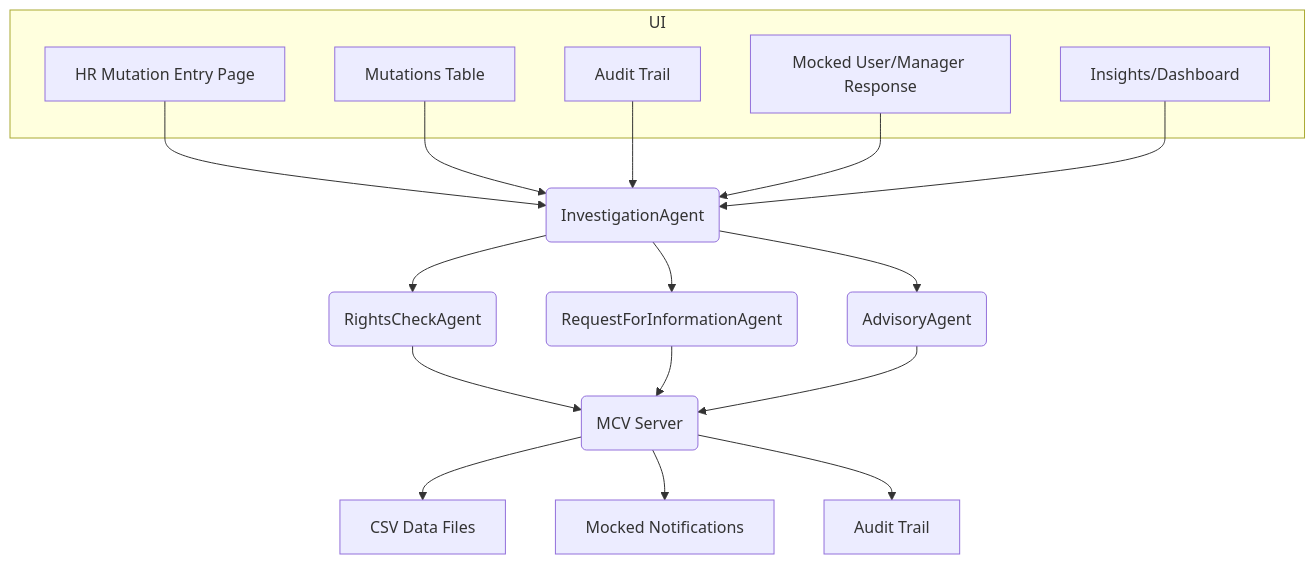
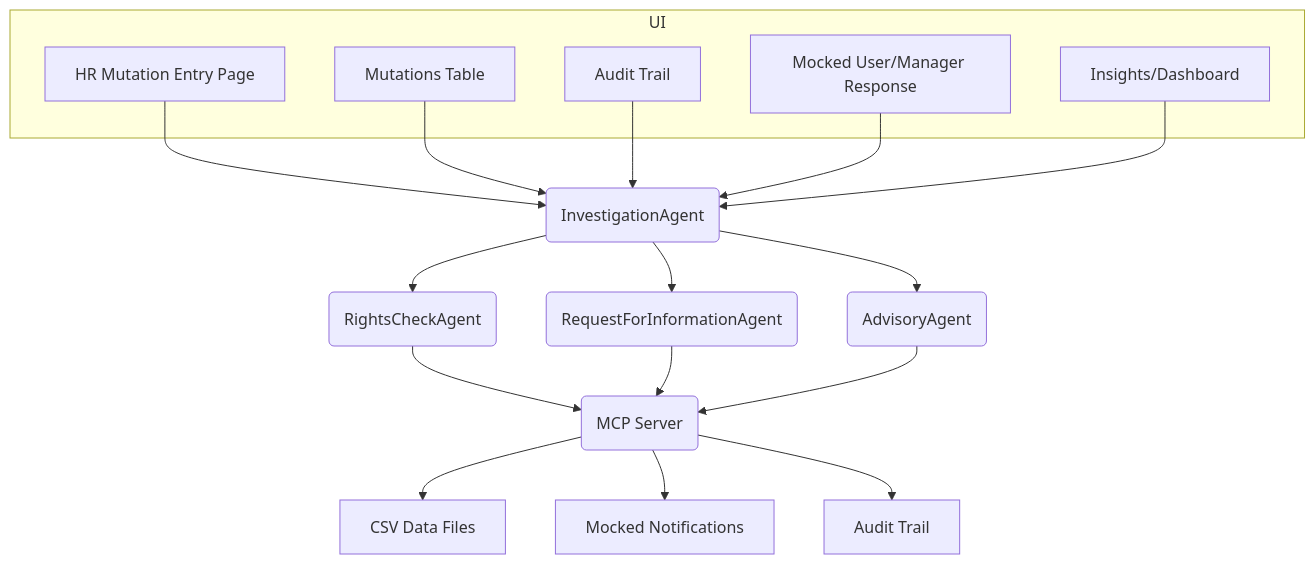
Before and after one commit to simonkrooder/KotP_Team12: the third of 3 diagrams in docs/architecture.md, drawn with Mermaid. The commit also changed other lines of this file and 21 other files, not shown here.

````diff
--- a/docs/architecture.md
+++ b/docs/architecture.md
@@ -96,24 +230,24 @@
 ```mermaid
 flowchart TD
     subgraph UI
         A[HR Mutation Entry Page]
         B[Mutations Table]
         C[Audit Trail]
         D[Mocked User/Manager Response]
         E[Insights/Dashboard]
     end
     A --> F(InvestigationAgent)
     B --> F
     C --> F
     D --> F
     E --> F
     F --> G(RightsCheckAgent)
     F --> H(RequestForInformationAgent)
     F --> I(AdvisoryAgent)
-    G --> J(MCV Server)
+    G --> J(MCP Server)
     H --> J
     I --> J
     J --> K[CSV Data Files]
     J --> L[Mocked Notifications]
     J --> M[Audit Trail]
 ```
````
